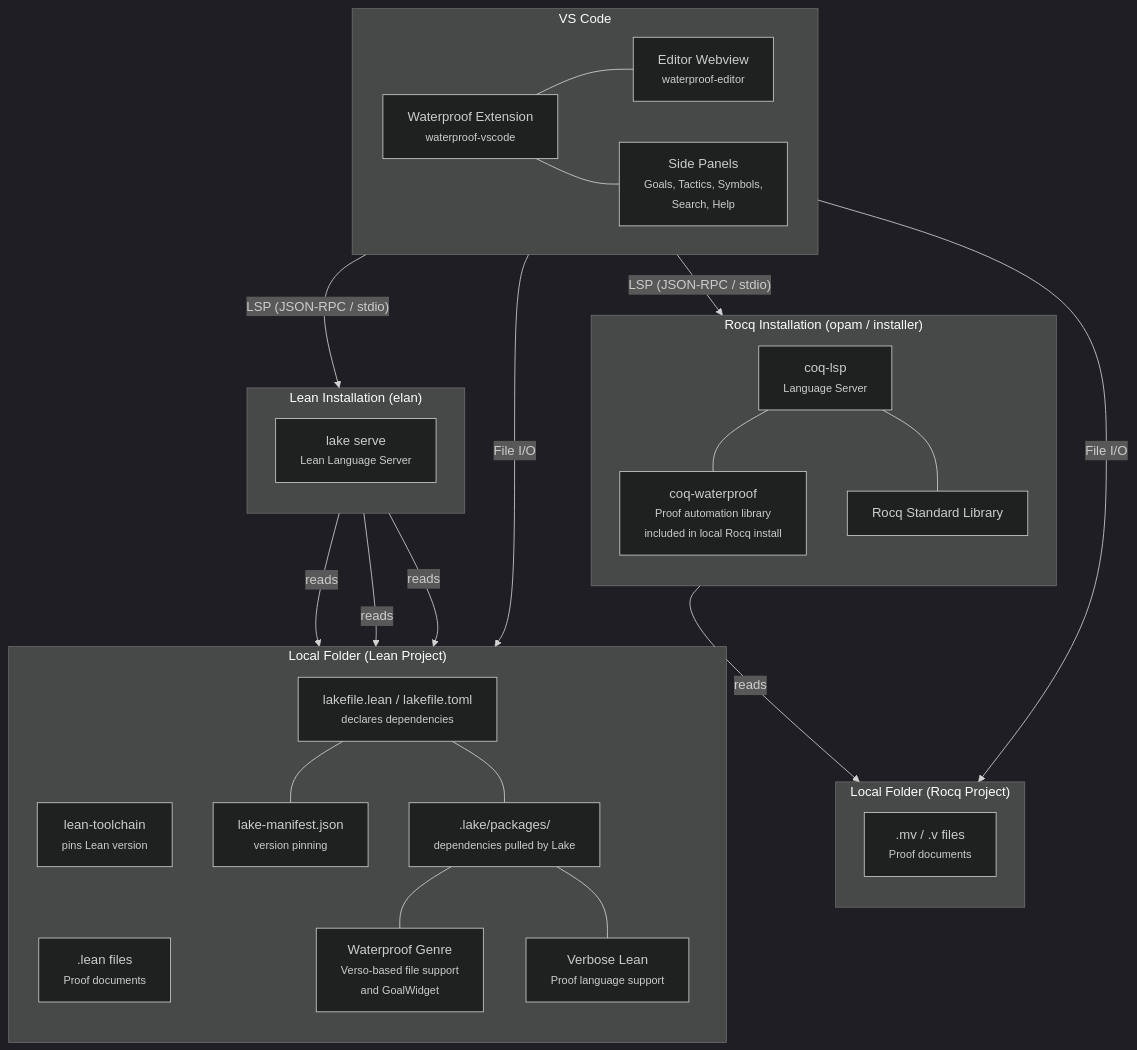
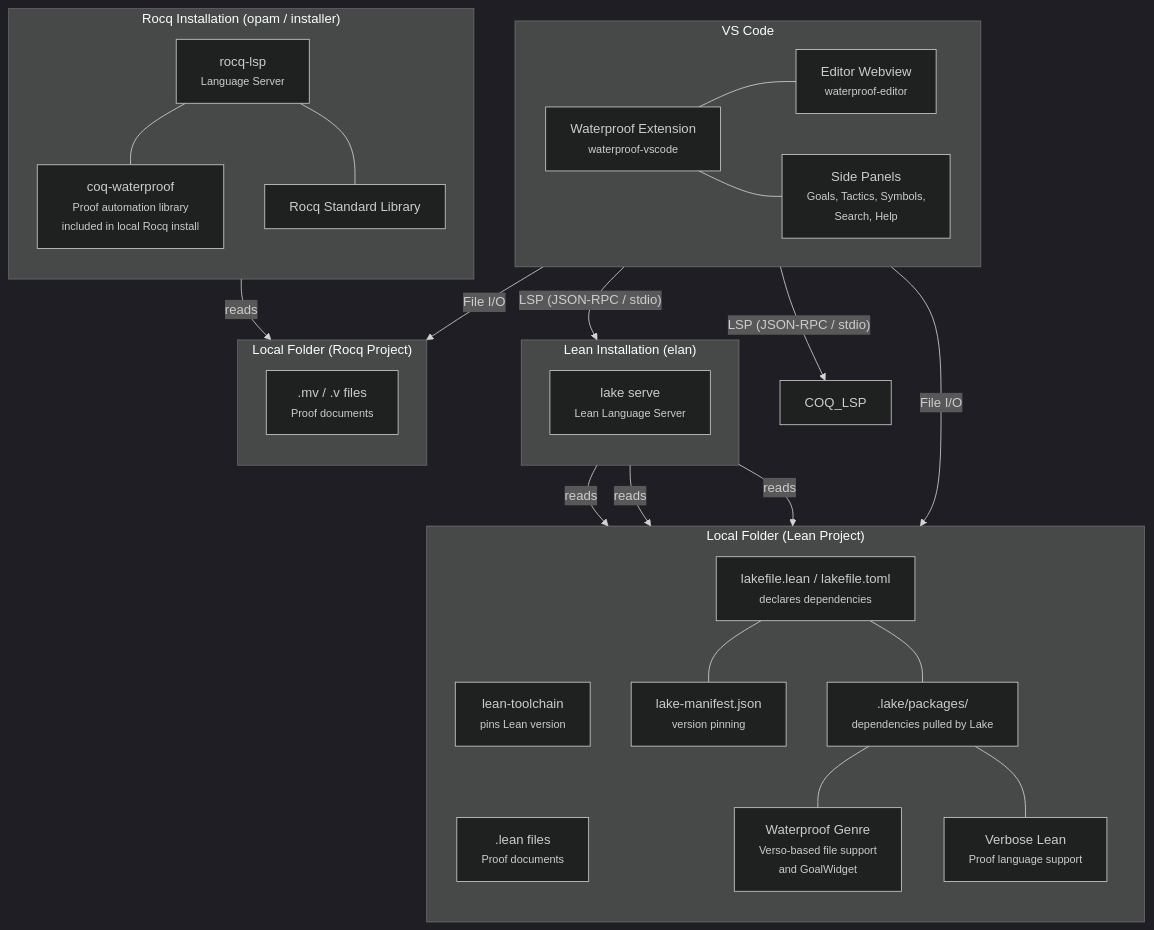
Before and after one commit to impermeable/waterproof-vscode: the second of 2 diagrams in developer-resources/architecture.md, drawn with Mermaid (dark theme). The commit also changed other lines of this file, not shown here.

Commit message:
Apply suggestions from code review

````diff
--- a/developer-resources/architecture.md
+++ b/developer-resources/architecture.md
@@ -94,64 +94,64 @@
 ```mermaid
 graph TB
     subgraph "VS Code"
         direction LR
         WP_EXT["Waterproof Extension<br/><small>waterproof-vscode</small>"]
         EDITOR_WV["Editor Webview<br/><small>waterproof-editor</small>"]
         SIDE_PANELS["Side Panels<br/><small>Goals, Tactics, Symbols,<br/>Search, Help</small>"]
 
         WP_EXT --- EDITOR_WV
         WP_EXT --- SIDE_PANELS
     end
 
     subgraph "Rocq Installation (opam / installer)"
         direction TB
-        COQ_LSP["coq-lsp<br/><small>Language Server</small>"]
+        ROCQ_LSP["rocq-lsp<br/><small>Language Server</small>"]
         COQ_WP["coq-waterproof<br/><small>Proof automation library<br/>included in local Rocq install</small>"]
         COQ_STDLIB["Rocq Standard Library"]
 
-        COQ_LSP --- COQ_WP
-        COQ_LSP --- COQ_STDLIB
+        ROCQ_LSP --- COQ_WP
+        ROCQ_LSP --- COQ_STDLIB
     end
 
     subgraph "Lean Installation (elan)"
         direction TB
         LEAN_LSP["lake serve<br/><small>Lean Language Server</small>"]
     end
 
     subgraph "Local Folder (Rocq Project)"
         direction TB
         MV_FILES[".mv / .v files<br/><small>Proof documents</small>"]
     end
 
     subgraph "Local Folder (Lean Project)"
         direction TB
         LEAN_FILES[".lean files<br/><small>Proof documents</small>"]
         LAKE_CFG["lakefile.lean / lakefile.toml<br/><small>declares dependencies</small>"]
         LAKE_MANIFEST["lake-manifest.json<br/><small>version pinning</small>"]
         LAKE_PKGS[".lake/packages/<br/><small>dependencies pulled by Lake</small>"]
         WP_GENRE["Waterproof Genre<br/><small>Verso-based file support<br/>and GoalWidget</small>"]
         VERBOSE_LEAN["Verbose Lean<br/><small>Proof language support</small>"]
 
         LEAN_TOOLCHAIN["lean-toolchain<br/><small>pins Lean version</small>"]
 
         LAKE_CFG --- LAKE_PKGS
         LAKE_CFG --- LAKE_MANIFEST
         LAKE_PKGS --- WP_GENRE
         LAKE_PKGS --- VERBOSE_LEAN
     end
 
     WP_EXT -- "LSP (JSON-RPC / stdio)" --> COQ_LSP
     WP_EXT -- "LSP (JSON-RPC / stdio)" --> LEAN_LSP
-    COQ_LSP -- "reads" --> MV_FILES
+    ROCQ_LSP -- "reads" --> MV_FILES
     LEAN_LSP -- "reads" --> LEAN_FILES
     LEAN_LSP -- "reads" --> LAKE_CFG
     LEAN_LSP -- "reads" --> LEAN_TOOLCHAIN
     WP_EXT -- "File I/O" --> MV_FILES
     WP_EXT -- "File I/O" --> LEAN_FILES
 
     %% Force vertical layout: VS Code above installations, installations above local folders
     EDITOR_WV ~~~ COQ_LSP
     SIDE_PANELS ~~~ LEAN_LSP
     COQ_WP ~~~ MV_FILES
     LEAN_TOOLCHAIN ~~~ LEAN_FILES
 ```
````
